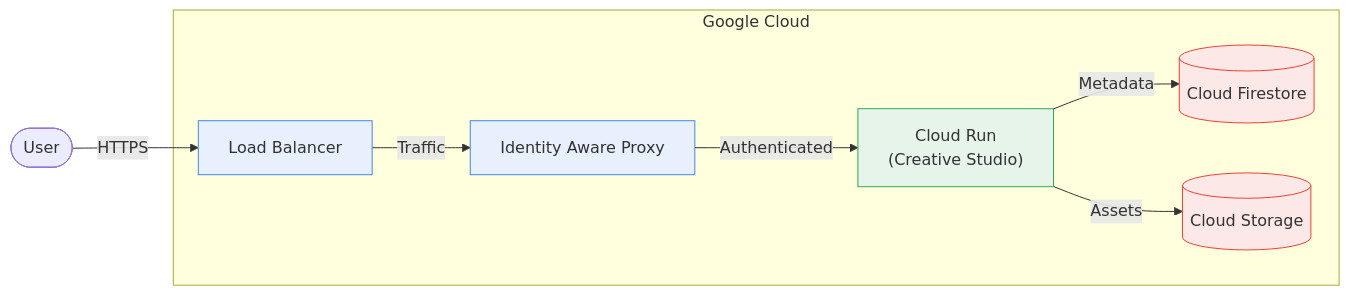
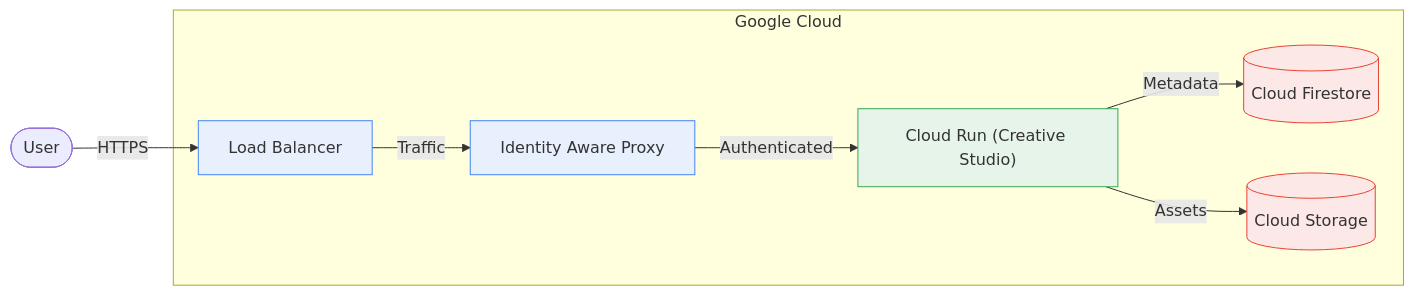
One commit to electronicnomad/webtoon-generative-studio changed the first of 4 diagrams in README.md. Above: the diagram before and after it, drawn with Mermaid. The commit also changed other lines of this file, not shown here.

````diff
--- a/README.md
+++ b/README.md
@@ -131,22 +131,22 @@
 ```mermaid
 graph LR
     User([User])
     subgraph "Google Cloud"
         LB[Load Balancer]
         IAP[Identity Aware Proxy]
-        CR["Cloud Run\n(Creative Studio)"]
+        CR["Cloud Run (Creative Studio)"]
         FS[(Cloud Firestore)]
         GCS[(Cloud Storage)]
     end
     User -- HTTPS --> LB
     LB -- Traffic --> IAP
     IAP -- Authenticated --> CR
     CR -- Metadata --> FS
     CR -- Assets --> GCS
     
     style LB fill:#e8f0fe,stroke:#4285f4
     style IAP fill:#e8f0fe,stroke:#4285f4
     style CR fill:#e6f4ea,stroke:#34a853
     style FS fill:#fce8e6,stroke:#ea4335
     style GCS fill:#fce8e6,stroke:#ea4335
 ```
````
